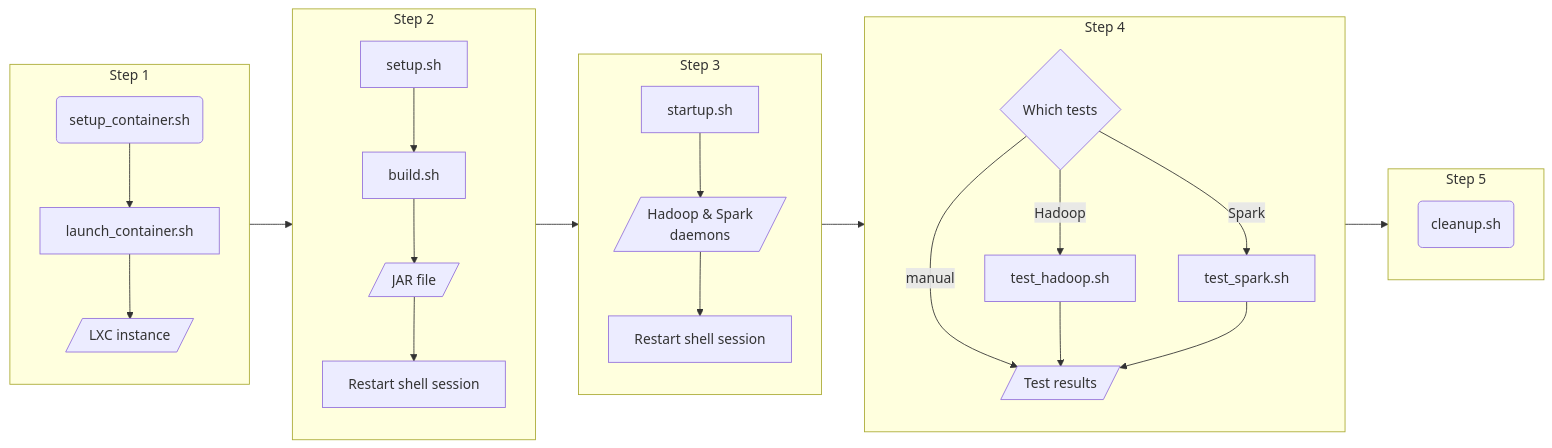
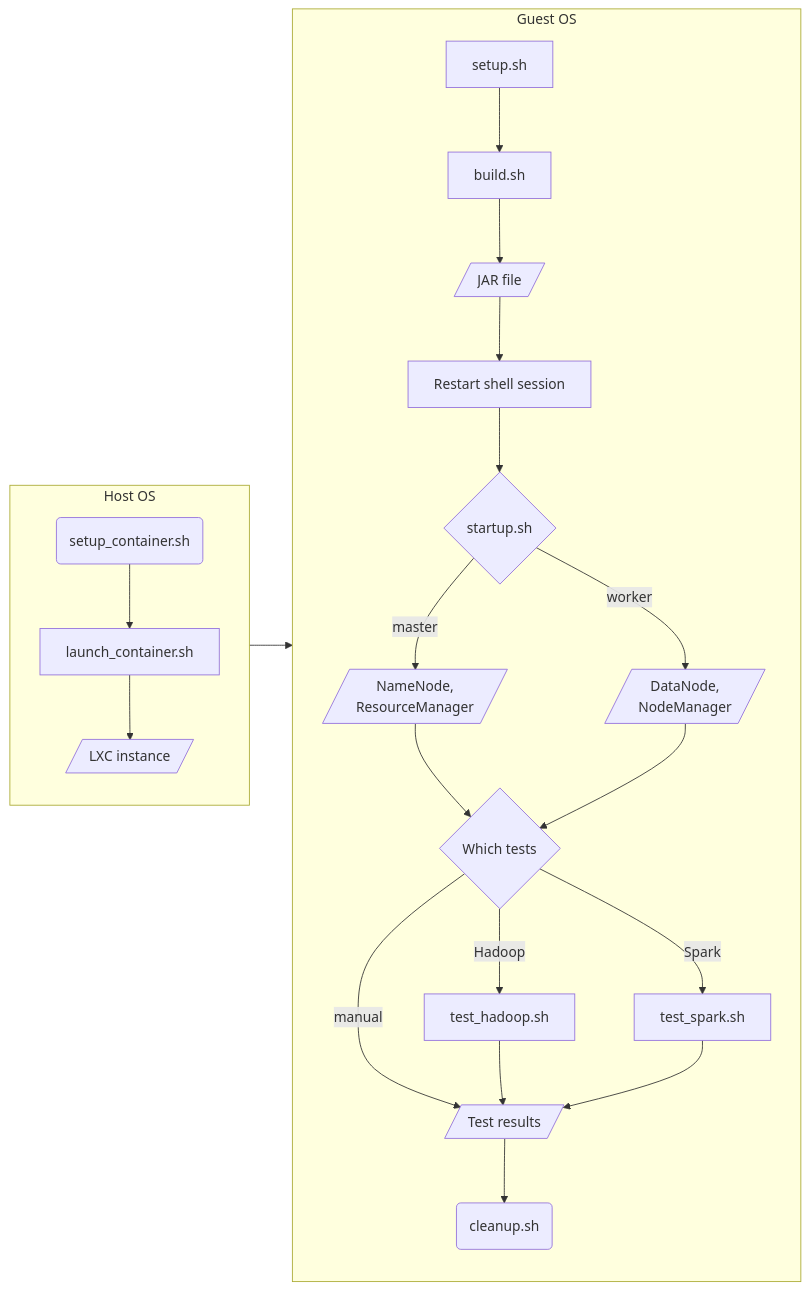
Before and after one commit to hanggrian/IIT-CS553: the diagram in assignments/hw5/report.md, drawn with Mermaid. The commit also changed other lines of this file and 49 other files, not shown here.

````diff
--- a/assignments/hw5/report.md
+++ b/assignments/hw5/report.md
@@ -107,31 +107,25 @@
 ```mermaid
 flowchart LR
-  subgraph G1["Step 1"]
+  subgraph G1["Host OS "]
     P1(setup_container.sh) --> P2[launch_container.sh]
     P2 --> R1[/LXC instance/]
   end
-  subgraph G2["Step 2"]
+  subgraph G2["Guest OS"]
     P3[setup.sh] --> P4[build.sh]
     P4 --> R2[/JAR file/]
     R2 --> P5[Restart shell session]
-  end
-  subgraph G3["Step 3"]
-    P6[startup.sh] --> R3[/Hadoop & Spark<br>daemons/]
-    R3 --> P7[Restart shell session]
-  end
-  subgraph G4["Step 4"]
-    D1{Which tests} -- Hadoop --> P8[test_hadoop.sh]
-    D1 -- Spark --> P9[test_spark.sh]
-    D1 -- manual --> R4[/Test results/]
-    P8 --> R4
-    P9 --> R4
-  end
-  subgraph G5["Step 5"]
-    P10(cleanup.sh)
+    P5 --> D1{startup.sh}
+    D1 -- master --> R3[/NameNode,<br>ResourceManager/]
+    D1 -- worker --> R4[/DataNode,<br>NodeManager/]
+    R3 --> D2{Which tests}
+    R4 --> D2
+    D2 -- Hadoop --> P7[test_hadoop.sh]
+    D2 -- Spark --> P8[test_spark.sh]
+    D2 -- manual --> R5[/Test results/]
+    P7 --> R5
+    P8 --> R5
+    R5 --> P9(cleanup.sh)
   end
 
   G1 --> G2
-  G2 --> G3
-  G3 --> G4
-  G4 --> G5
 ```
````
